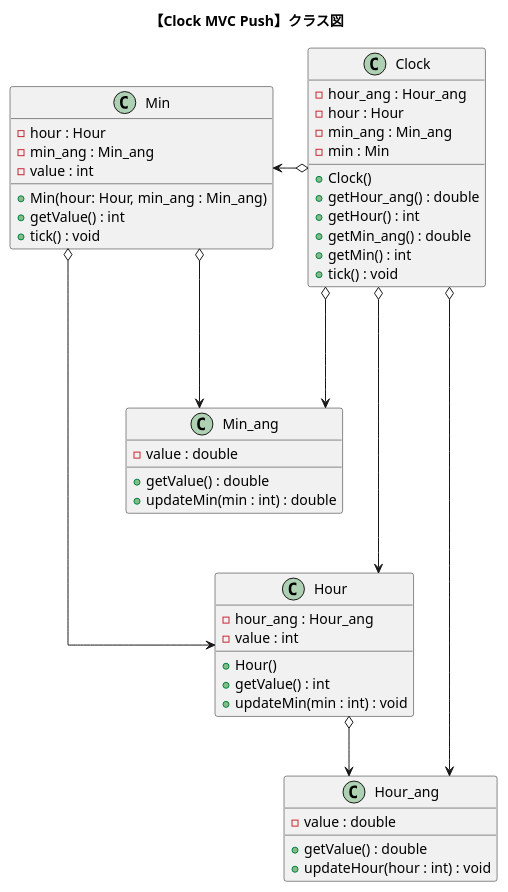
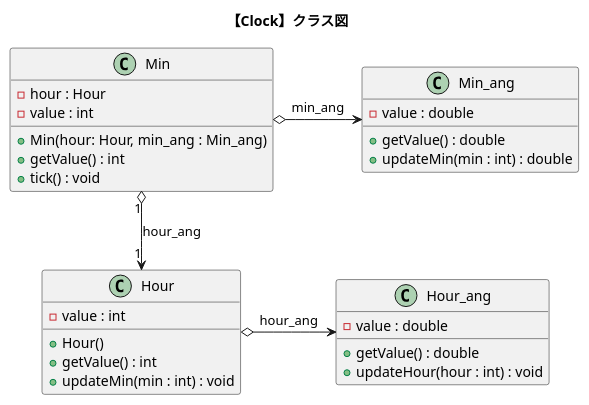
One commit to nitta-lab/TwoStagesModelingExperiments changed the diagram in puml/classes/clock_class_push.puml. Above: the diagram before and after it, drawn with PlantUML. The commit also changed 3 other files, not shown here.

Commit message:
クラス図一時コミット

```diff
--- a/puml/classes/clock_class_push.puml
+++ b/puml/classes/clock_class_push.puml
@@ -1,61 +1,38 @@
-@startuml
-title "【Clock MVC Push】クラス図"
+@startuml 【Clock】 Class-Diagram
+title "【Clock】クラス図"
 
-skinparam Linetype ortho
+together {
+    class "Hour"{
+        -value : int
+        +Hour()
+        +getValue() : int
+        +updateMin(min : int) : void
+    }
 
-class Clock{
-    -hour_ang : Hour_ang
-    -hour : Hour
-    -min_ang : Min_ang
-    -min : Min
-    +Clock()
-    +getHour_ang() : double
-    +getHour() : int
-    +getMin_ang() : double
-    +getMin() : int
-    +tick() : void
+    class "Min"{
+        -hour : Hour
+        -value : int
+        +Min(hour: Hour, min_ang : Min_ang)
+        +getValue() : int
+        +tick() : void
+    }
 }
 
-class Hour_ang{
+class "Min_ang"{
+    -value : double
+    +getValue() : double
+    +updateMin(min : int) : double
+}
+
+class "Hour_ang"{
     -value : double
     +getValue() : double
     +updateHour(hour : int) : void
 }
 
-class Hour{
-    -hour_ang : Hour_ang
-    -value : int
-    +Hour()
-    +getValue() : int
-    +updateMin(min : int) : void
-}
+Min "1" o-down-> "1" Hour : hour_ang
+Min o-right-> Min_ang : min_ang
+Hour o-right-> Hour_ang : hour_ang
 
-class Min_ang{
-    -value : double
-    +getValue() : double
-    +updateMin(min : int) : double
-}
-
-class Min{
-    -hour : Hour
-    -min_ang : Min_ang
-    -value : int
-    +Min(hour: Hour, min_ang : Min_ang)
-    +getValue() : int
-    +tick() : void
-}
-
-'---------------------------------------------------------
-Clock o-left-> Min
-Clock o-right-> Hour
-
-Min o----> Hour
-
-Clock o--down-> Hour_ang
-Clock o--down-> Min_ang
-
-Min o-down-> Min_ang
-
-Hour o-down-> Hour_ang
 
 @enduml
```
